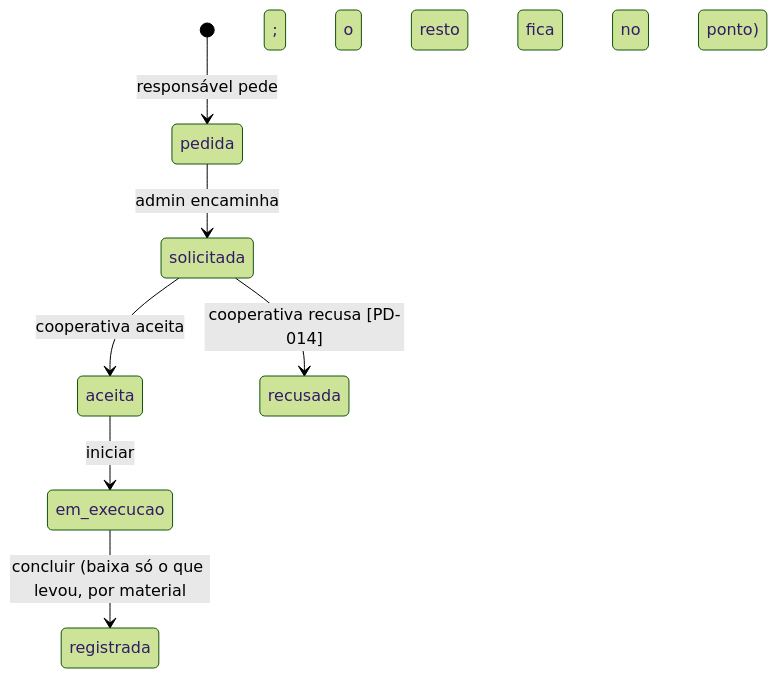
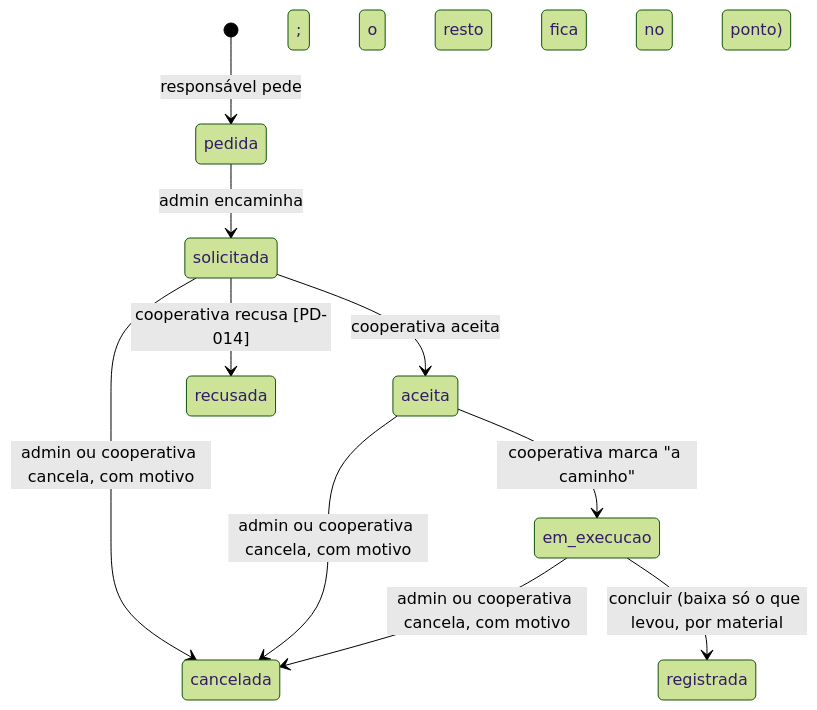
One commit to Residuum-Organization/residuum-documentacao changed the fourth of 9 diagrams in docs/02-arquitetura/diagramas.md. Above: the diagram before and after it, drawn with Mermaid (forest theme). The commit also changed other lines of this file, not shown here.

Commit message:
docs(arquitetura): coleta com cancelamento por admin e cooperativa

````diff
--- a/docs/02-arquitetura/diagramas.md
+++ b/docs/02-arquitetura/diagramas.md
@@ -56,9 +56,12 @@
 ```mermaid
 stateDiagram-v2
   [*] --> pedida: responsável pede
   pedida --> solicitada: admin encaminha
   solicitada --> aceita: cooperativa aceita
   solicitada --> recusada: cooperativa recusa [PD-014]
-  aceita --> em_execucao: iniciar
+  aceita --> em_execucao: cooperativa marca "a caminho"
+  solicitada --> cancelada: admin ou cooperativa cancela, com motivo
+  aceita --> cancelada: admin ou cooperativa cancela, com motivo
+  em_execucao --> cancelada: admin ou cooperativa cancela, com motivo
   em_execucao --> registrada: concluir (baixa só o que levou, por material; o resto fica no ponto)
 ```
````
